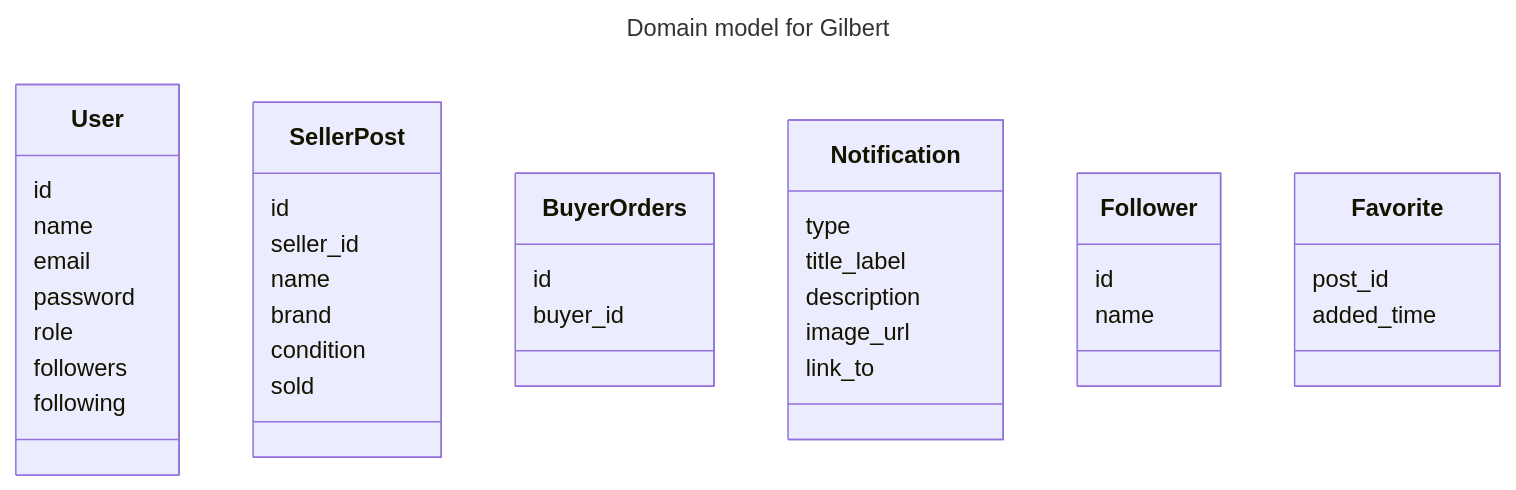
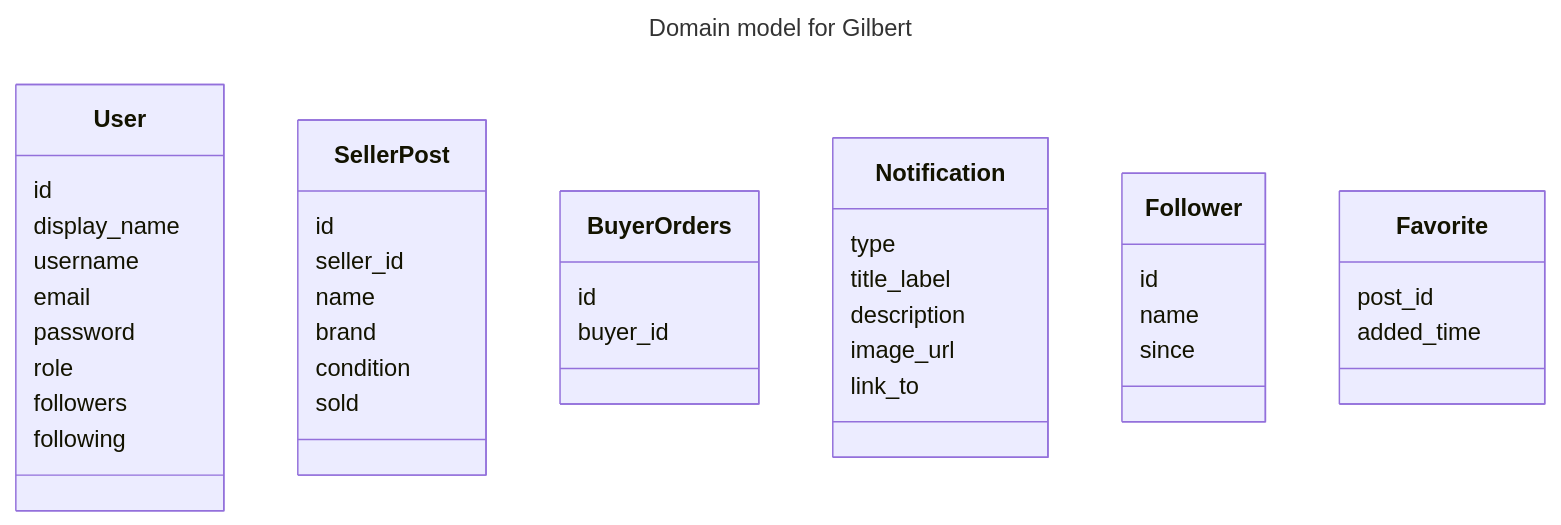
Before and after one commit to zealand-cs/Gilbert: the diagram in Documents/Diagrams/DomainModel.md, drawn with Mermaid. The commit also changed 1 other file, not shown here.

Commit message:
Small changes

````diff
--- a/Documents/Diagrams/DomainModel.md
+++ b/Documents/Diagrams/DomainModel.md
@@ -3,49 +3,51 @@
 ```mermaid
 ---
 title: Domain model for Gilbert
 ---
 
 classDiagram
 class User {
     id
-    name
+    display_name
+    username
     email
     password
     role
     followers
     following
 }
 
 class SellerPost {
     id
     seller_id
     name
     brand
     condition
     sold
 }
 
 class BuyerOrders {
     id
     buyer_id
 
 }
 
 class Notification {
     type
     title_label
     description
     image_url
     link_to
 }
 
 class Follower {
     id
     name
+    since
 }
 
 class Favorite {
     post_id
     added_time
 }
 ```
````
